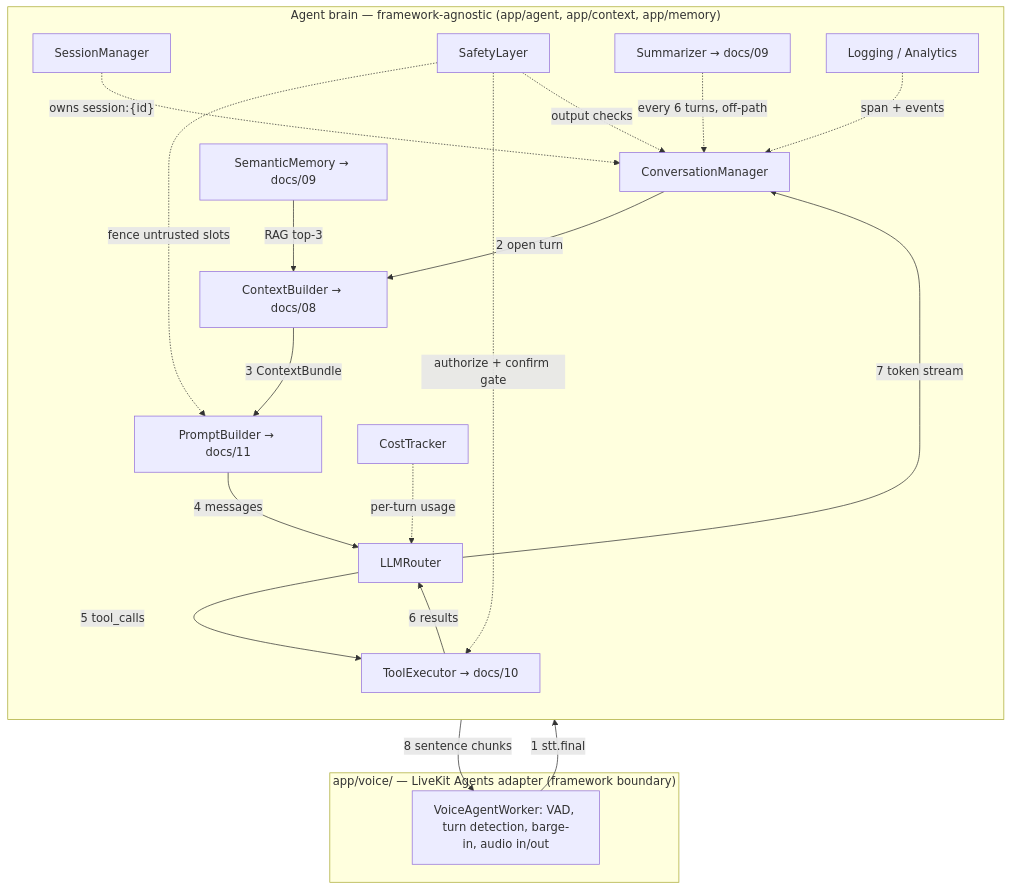
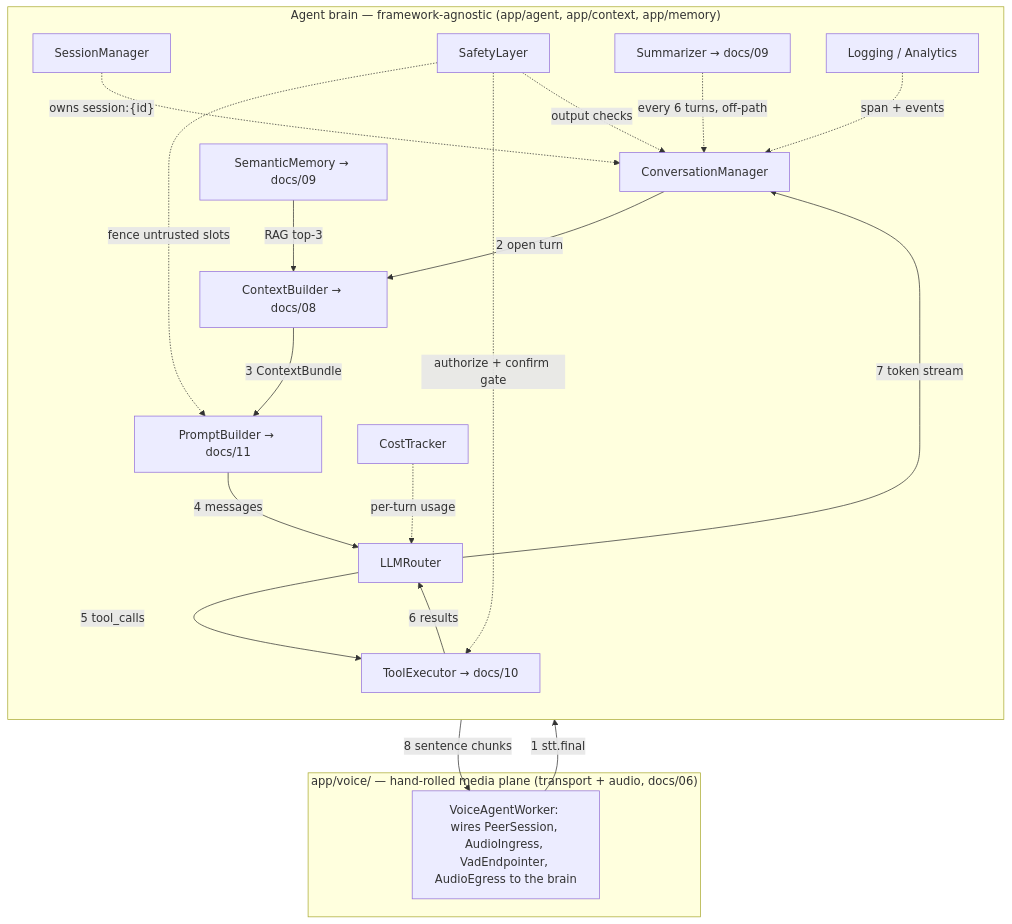
The first of 4 diagrams in docs/05-agent-architecture.md (bibekanandan892/vyaparpay-voice-agent), drawn with Mermaid before and after one commit. The commit also changed other lines of this file and 22 other files, not shown here.

First line of the commit message:
refactor(arch): replace LiveKit with raw WebRTC (libwebrtc + aiortc)

````diff
--- a/docs/05-agent-architecture.md
+++ b/docs/05-agent-architecture.md
@@ -13,36 +13,36 @@
 ```mermaid
 flowchart TB
-    subgraph EDGE["app/voice/ — LiveKit Agents adapter (framework boundary)"]
-        VAW["VoiceAgentWorker: VAD, turn detection, barge-in, audio in/out"]
+    subgraph EDGE["app/voice/ — hand-rolled media plane (transport + audio, docs/06)"]
+        VAW["VoiceAgentWorker: wires PeerSession, AudioIngress, VadEndpointer, AudioEgress to the brain"]
     end
     subgraph BRAIN["Agent brain — framework-agnostic (app/agent, app/context, app/memory)"]
         direction TB
         SESS["SessionManager"]
         CONV["ConversationManager"]
         CTXB["ContextBuilder → docs/08"]
         PROM["PromptBuilder → docs/11"]
         ROUT["LLMRouter"]
         TOOL["ToolExecutor → docs/10"]
         SAFE["SafetyLayer"]
         SEM["SemanticMemory → docs/09"]
         SUMM["Summarizer → docs/09"]
         COST["CostTracker"]
         OBS["Logging / Analytics"]
     end
     VAW -->|"1 stt.final"| CONV
     CONV -->|"2 open turn"| CTXB
     SEM -->|"RAG top-3"| CTXB
     CTXB -->|"3 ContextBundle"| PROM
     SAFE -.->|"fence untrusted slots"| PROM
     PROM -->|"4 messages"| ROUT
     ROUT -->|"5 tool_calls"| TOOL
     TOOL -->|"6 results"| ROUT
     SAFE -.->|"authorize + confirm gate"| TOOL
     ROUT -->|"7 token stream"| CONV
     SAFE -.->|"output checks"| CONV
     CONV -->|"8 sentence chunks"| VAW
     SUMM -.->|"every 6 turns, off-path"| CONV
     COST -.->|"per-turn usage"| ROUT
     OBS -.->|"span + events"| CONV
     SESS -.->|"owns session:{id}"| CONV
 ```
````
